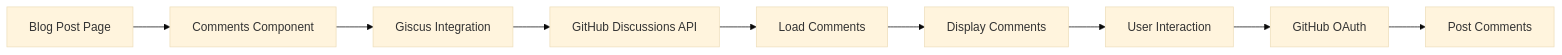
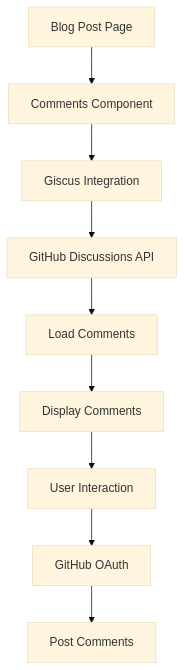
One commit to ikristina/ikristina.github.io changed the tenth of 12 diagrams in docs/architecture-diagrams.md. Above: the diagram before and after it, drawn with Mermaid (base theme). The commit also changed other lines of this file and 18 other files, not shown here.

First line of the commit message:
Fix diagrams, syntax highlighting, and pagination

````diff
--- a/docs/architecture-diagrams.md
+++ b/docs/architecture-diagrams.md
@@ -304,11 +304,11 @@
 ```mermaid
-flowchart LR
+flowchart TD
     A[Blog Post Page] --> B[Comments Component]
     B --> C[Giscus Integration]
     C --> D[GitHub Discussions API]
     D --> E[Load Comments]
     E --> F[Display Comments]
     F --> G[User Interaction]
     G --> H[GitHub OAuth]
     H --> I[Post Comments]
 ```
````
